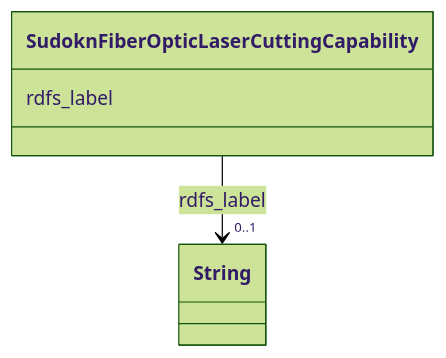
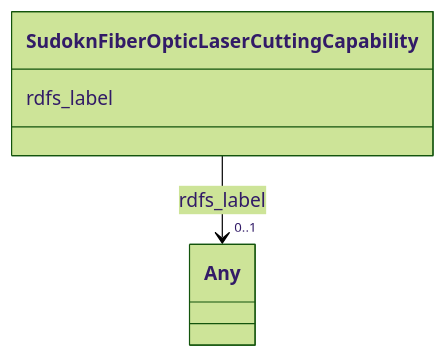
One commit to frink-okn/graph-descriptions changed the diagram in sudokn-kg/classes/SudoknFiberOpticLaserCuttingCapability.md. Above: the diagram before and after it, drawn with Mermaid (forest theme). The commit also changed other lines of this file and 903 other files, not shown here.

````diff
--- a/sudokn-kg/classes/SudoknFiberOpticLaserCuttingCapability.md
+++ b/sudokn-kg/classes/SudoknFiberOpticLaserCuttingCapability.md
@@ -23,15 +18,15 @@
 ```mermaid
  classDiagram
     class SudoknFiberOpticLaserCuttingCapability
     click SudoknFiberOpticLaserCuttingCapability href "../SudoknFiberOpticLaserCuttingCapability"
       SudoknFiberOpticLaserCuttingCapability : rdfs_label
         
           
     
     
-    SudoknFiberOpticLaserCuttingCapability --> "0..1" String : rdfs_label
-    click String href "../String"
+    SudoknFiberOpticLaserCuttingCapability --> "0..1" Any : rdfs_label
+    click Any href "../Any"
 
         
       
 ```
````
